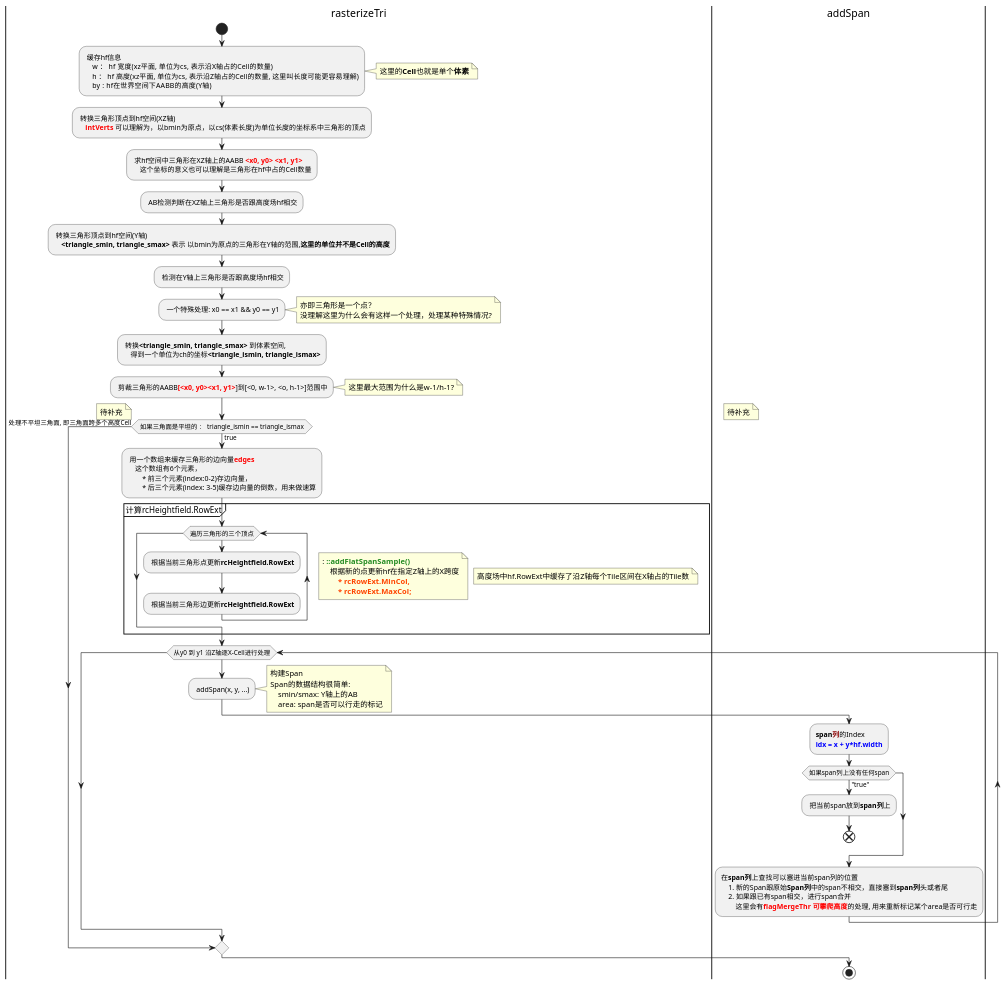
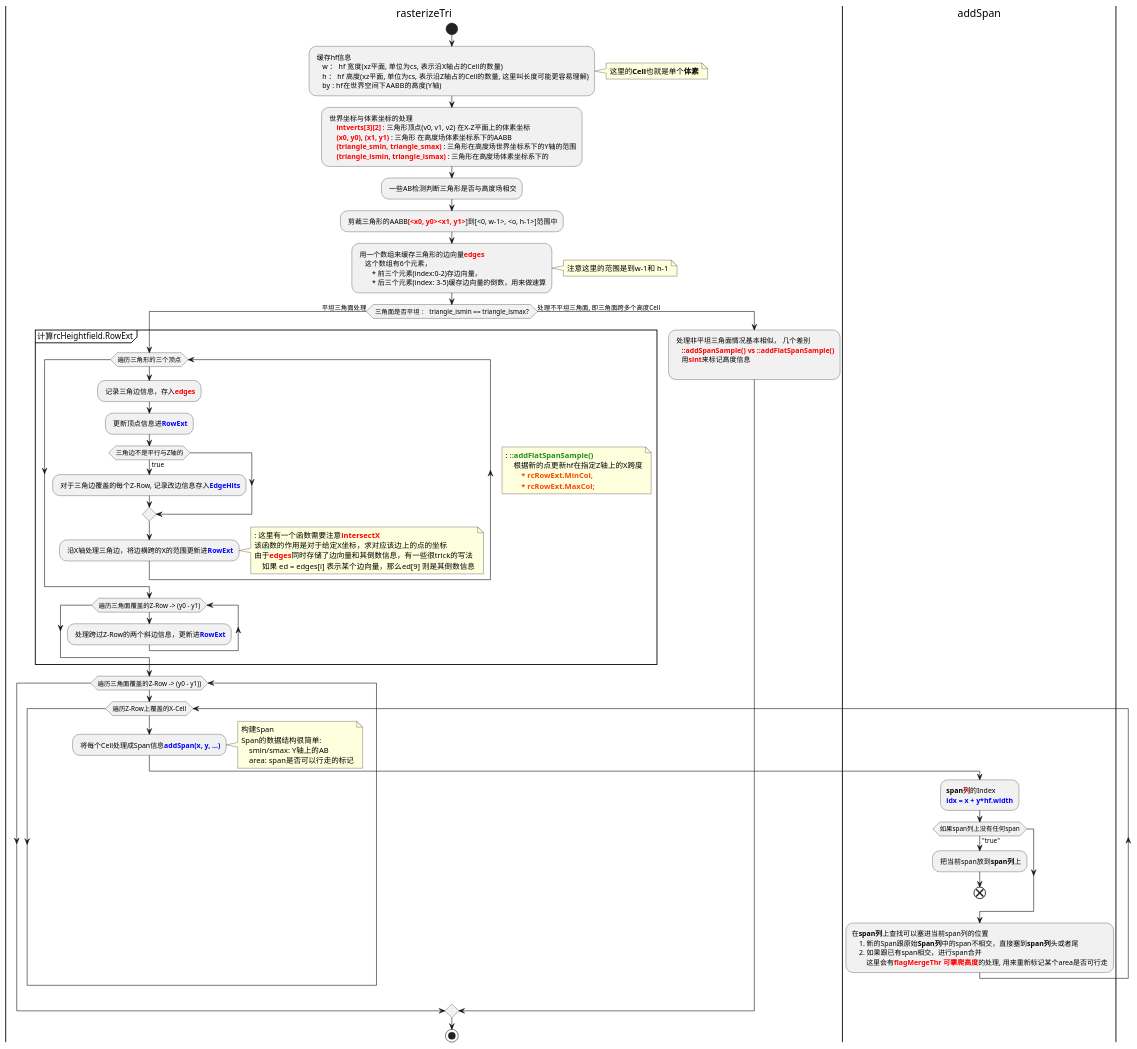
Diagram 11 of 14 in UE4学习/Navigation.wsd (DingSongYun/DSY-), drawn with PlantUML before and after one commit. The commit also changed other lines of this file and 20 other files, not shown here.

```diff
--- a/UE4学习/Navigation.wsd
+++ b/UE4学习/Navigation.wsd
@@ -460,70 +460,77 @@
 @startuml rasterizeTri
 |rasterizeTri|
 start
 : 缓存hf信息
     w   ： hf 宽度(xz平面, 单位为cs, 表示沿X轴占的Cell的数量)
     h   ： hf 高度(xz平面, 单位为cs, 表示沿Z轴占的Cell的数量, 这里叫长度可能更容易理解)
     by  :  hf在世界空间下AABB的高度(Y轴);
 note right: 这里的<b>Cell</b>也就是单个<b>体素</b>
-: 转换三角形顶点到hf空间(XZ轴)
-    <b><font color=red>intVerts</b> 可以理解为，以bmin为原点，以cs(体素长度)为单位长度的坐标系中三角形的顶点;
-: 求hf空间中三角形在XZ轴上的AABB <b><font color=red><x0, y0> <x1, y1></b>
-    这个坐标的意义也可以理解是三角形在hf中占的Cell数量;
-: AB检测判断在XZ轴上三角形是否跟高度场hf相交;
-: 转换三角形顶点到hf空间(Y轴)
-    <b><triangle_smin, triangle_smax></b> 表示 以bmin为原点的三角形在Y轴的范围,<b>这里的单位并不是Cell的高度</b>;
-: 检测在Y轴上三角形是否跟高度场hf相交;
-: 一个特殊处理: x0 == x1 && y0 == y1;
-note right
- 亦即三角形是一个点？
- 没理解这里为什么会有这样一个处理，处理某种特殊情况?
-end note
-: 转换<b><triangle_smin, triangle_smax></b> 到体素空间, 
-    得到一个单位为ch的坐标<b><triangle_ismin, triangle_ismax></b>;
+: 世界坐标与体素坐标的处理
+     <b><font color=red>intverts[3][2]</b> : 三角形顶点(v0, v1, v2) 在X-Z平面上的体素坐标
+     <b><font color=red>(x0, y0), (x1, y1)</b> : 三角形 在高度场体素坐标系下的AABB
+     <b><font color=red>(triangle_smin, triangle_smax)</b> : 三角形在高度场世界坐标系下的Y轴的范围
+     <b><font color=red>(triangle_ismin, triangle_ismax)</b> : 三角形在高度场体素坐标系下的;
+: 一些AB检测判断三角形是否与高度场相交;
 : 剪裁三角形的AABB<b><font color=red>[<x0, y0><x1, y1></b>]到[<0, w-1>, <o, h-1>]范围中;
-note right: 这里最大范围为什么是w-1/h-1?
-if ( 如果三角面是平坦的 ： triangle_ismin == triangle_ismax ) then(true)
-    : 用一个数组来缓存三角形的边向量<b><font color=red>edges</b>
-        这个数组有6个元素，
-            * 前三个元素(index:0-2)存边向量，
-            * 后三个元素(index: 3-5)缓存边向量的倒数，用来做速算;
+: 用一个数组来缓存三角形的边向量<b><font color=red>edges</b>
+    这个数组有6个元素，
+        * 前三个元素(index:0-2)存边向量，
+        * 后三个元素(index: 3-5)缓存边向量的倒数，用来做速算;
+note right: 注意这里的范围是到w-1和 h-1
+if ( 三角面是否平坦 ： triangle_ismin == triangle_ismax? ) then(平坦三角面处理)
     group 计算rcHeightfield.RowExt
-    note right
-        高度场中hf.RowExt中缓存了沿Z轴每个Tile区间在X轴占的Tile数
-    end note
         while(遍历三角形的三个顶点)
             note right
                 : <b><font color=ForestGreen>::addFlatSpanSample()</b>
                     根据新的点更新hf在指定Z轴上的X跨度
                         <b><font color=OrangeRed>* rcRowExt.MinCol,
                         <b><font color=OrangeRed>* rcRowExt.MaxCol;
             end note
-            : 根据当前三角形点更新<b>rcHeightfield.RowExt</b>;
-            : 根据当前三角形边更新<b>rcHeightfield.RowExt</b>;
+            : 记录三角边信息，存入<b><font color=red>edges</b>;
+            : 更新顶点信息进<b><font color=blue>RowExt</b>;
+            if(三角边不是平行与Z轴的) then(true)
+                : 对于三角边覆盖的每个Z-Row, 记录改边信息存入<b><font color=blue>EdgeHits</b>;
+            endif
+            : 沿X轴处理三角边，将边横跨的X的范围更新进<b><font color=blue>RowExt</b>;
+            note right
+                : 这里有一个函数需要注意<b><font color = red>intersectX</b>
+                该函数的作用是对于给定X坐标，求对应该边上的点的坐标
+                由于<b><font color=red>edges</b>同时存储了边向量和其倒数信息，有一些很trick的写法
+                    如果 ed = edges[i] 表示某个边向量，那么ed[9] 则是其倒数信息
+            end note
+        endwhile
+        while(遍历三角面覆盖的Z-Row -> (y0 - y1))
+            : 处理跨过Z-Row的两个斜边信息，更新进<b><font color=blue>RowExt</b>;
         endwhile
     end group
-    while(从y0 到 y1 沿Z轴逐X-Cell进行处理)
-        : addSpan(x, y, ...);
+    while(遍历三角面覆盖的Z-Row -> (y0 - y1)))
+        while(遍历Z-Row上覆盖的X-Cell)
+        : 将每个Cell处理成Span信息<b><font color=blue>addSpan(x, y, ...)</b>;
         note right
             构建Span
             Span的数据结构很简单:
                 smin/smax: Y轴上的AB
                 area: span是否可以行走的标记
         end note
         |addSpan|
         :<b>span<font color=DarkRed>列</b>的Index
         <b><font color=blue>idx = x + y*hf.width</b>;
         if(如果span列上没有任何span) then("true")
             : 把当前span放到<b>span列</b>上;
             end
         endif
         :在<b>span列</b>上查找可以塞进当前span列的位置
             1. 新的Span跟原始<b>Span列</b>中的span不相交，直接塞到<b>span列</b>头或者尾
             2. 如果跟已有span相交，进行span合并
                 这里会有<b><font color=red>flagMergeThr 可攀爬高度</b>的处理, 用来重新标记某个area是否可行走;
+        |rasterizeTri|
+        endwhile
     endwhile
 else(处理不平坦三角面, 即三角面跨多个高度Cell)
-    note right: 待补充
+    : 处理非平坦三角面情况基本相似， 几个差别
+        <b><font color=red>::addSpanSample() vs ::addFlatSpanSample()</b>
+        用<b><font color=red>sint</b>来标记高度信息
+    ;
 endif
 stop
 @enduml
```
